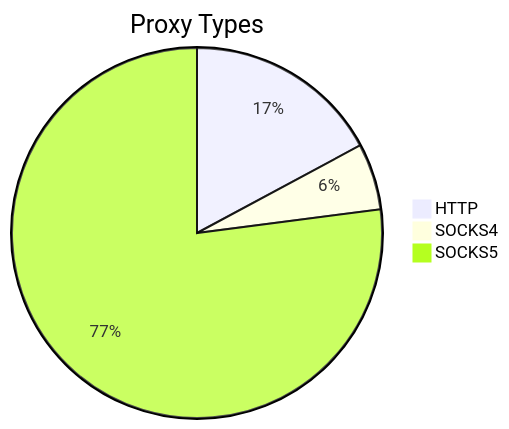
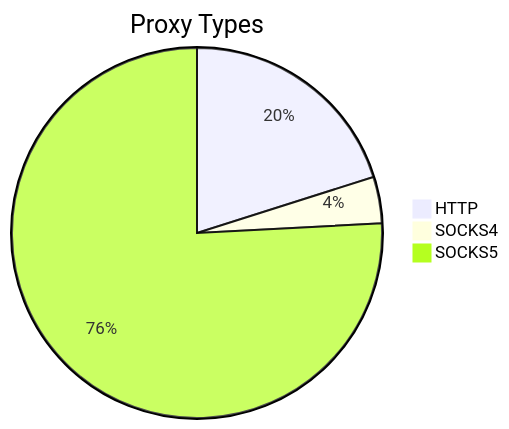
Before and after one commit to stormsia/proxy-list: the first of 2 diagrams in README.md, drawn with Mermaid. The commit also changed other lines of this file, not shown here.

````diff
--- a/README.md
+++ b/README.md
@@ -21,6 +21,6 @@
 ```mermaid
 pie title Proxy Types
-    "HTTP" : 130
-    "SOCKS4" : 44
-    "SOCKS5" : 584
+    "HTTP" : 109
+    "SOCKS4" : 22
+    "SOCKS5" : 411
 ```
````
